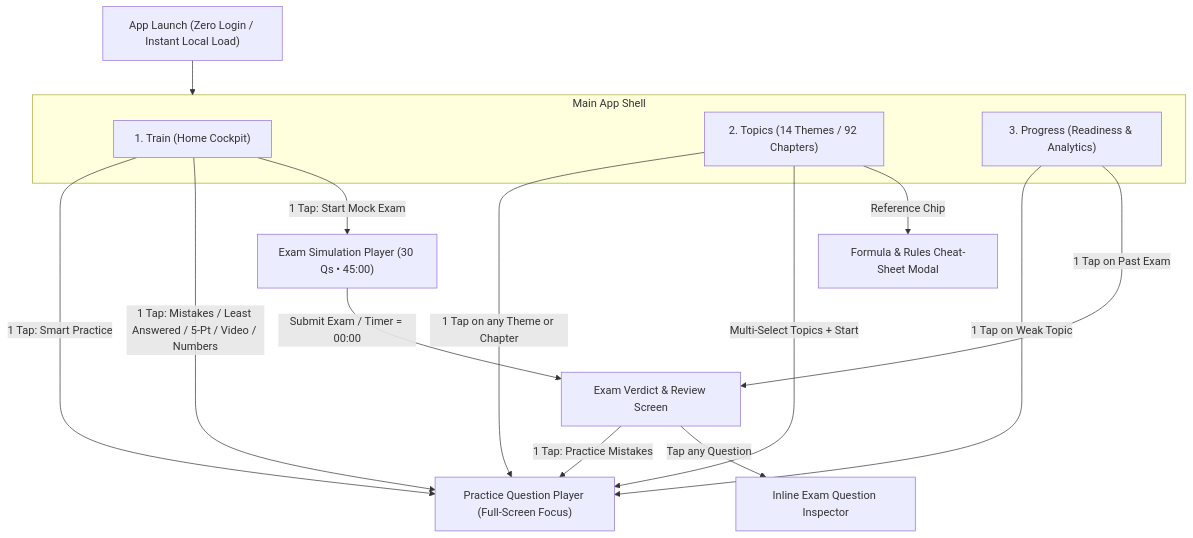
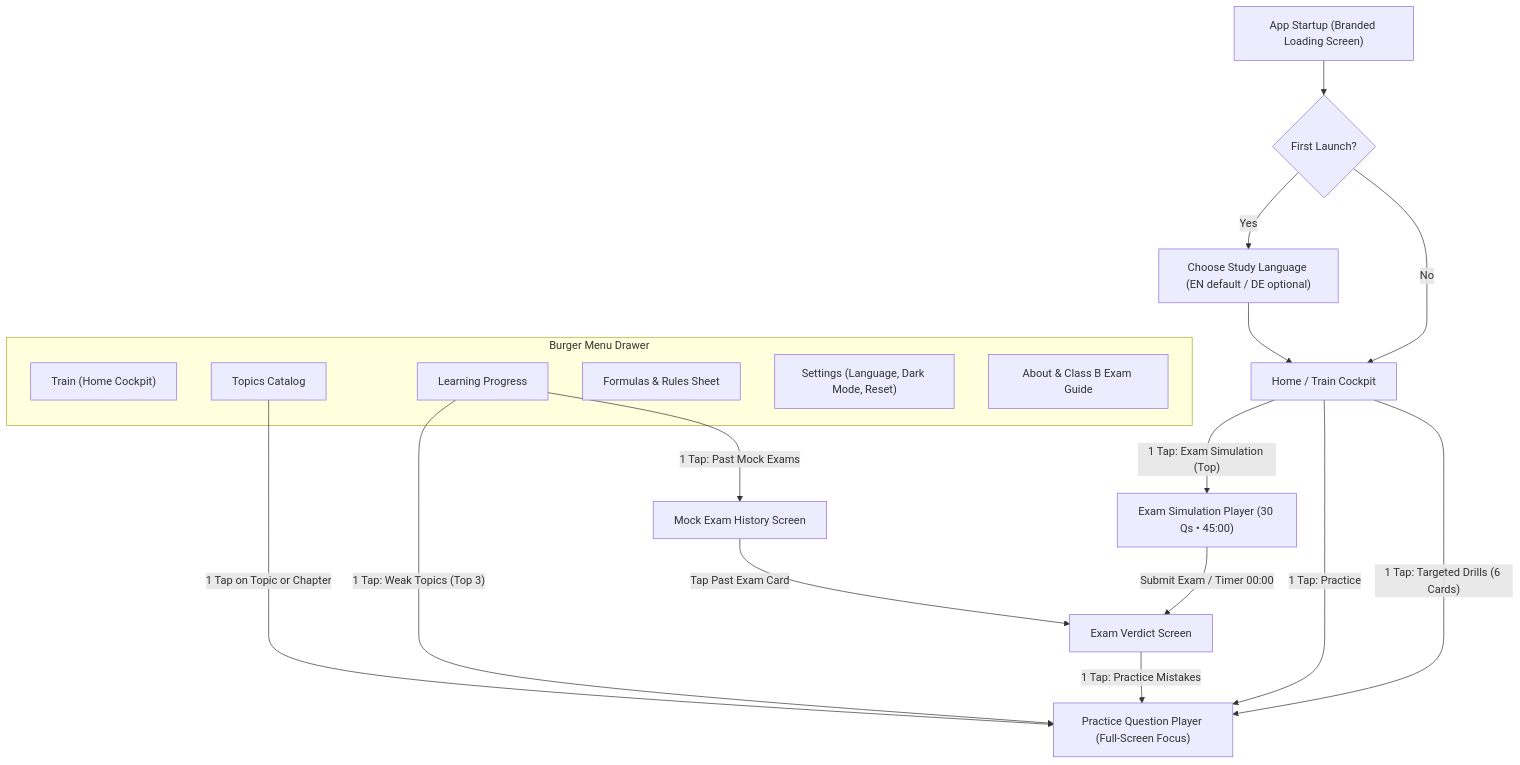
One commit to go-maxus-go/driving_test changed the diagram in spec.md. Above: the diagram before and after it, drawn with Mermaid. The commit also changed other lines of this file, not shown here.

First line of the commit message:
Update UX specification with decluttered navigation and refined player interaction

````diff
--- a/spec.md
+++ b/spec.md
@@ -95,25 +33,28 @@
 ```mermaid
 flowchart TD
-    Launch["App Launch (Zero Login / Instant Local Load)"] --> Shell["Main App Shell (3-Tab Bottom Nav / Side Rail + DE|EN Switcher)"]
+    Launch["App Startup (Branded Loading Screen)"] --> FirstLang{"First Launch?"}
+    FirstLang -- Yes --> LangDialog["Choose Study Language (EN default / DE optional)"]
+    FirstLang -- No --> Cockpit["Home / Train Cockpit"]
+    LangDialog --> Cockpit
 
-    subgraph Shell["Main App Shell"]
-        Tab1["1. Train (Home Cockpit)"]
-        Tab2["2. Topics (14 Themes / 92 Chapters)"]
-        Tab3["3. Progress (Readiness & Analytics)"]
+    subgraph NavigationDrawer["Burger Menu Drawer"]
+        NavTrain["Train (Home Cockpit)"]
+        NavTopics["Topics Catalog"]
+        NavProgress["Learning Progress"]
+        NavFormulas["Formulas & Rules Sheet"]
+        NavSettings["Settings (Language, Dark Mode, Reset)"]
+        NavAbout["About & Class B Exam Guide"]
     end
 
-    Tab1 -->|"1 Tap: Smart Practice"| Player["Practice Question Player (Full-Screen Focus)"]
-    Tab1 -->|"1 Tap: Mistakes / Least Answered / 5-Pt / Video / Numbers"| Player
-    Tab1 -->|"1 Tap: Start Mock Exam"| Exam["Exam Simulation Player (30 Qs • 45:00)"]
+    Cockpit -->|"1 Tap: Exam Simulation (Top)"| Exam["Exam Simulation Player (30 Qs • 45:00)"]
+    Cockpit -->|"1 Tap: Practice"| Player["Practice Question Player (Full-Screen Focus)"]
+    Cockpit -->|"1 Tap: Targeted Drills (6 Cards)"| Player
 
-    Tab2 -->|"1 Tap on any Theme or Chapter"| Player
-    Tab2 -->|"Multi-Select Topics + Start"| Player
-    Tab2 -->|"Reference Chip"| Ref["Formula & Rules Cheat-Sheet Modal"]
+    NavTopics -->|"1 Tap on Topic or Chapter"| Player
+    NavProgress -->|"1 Tap: Weak Topics (Top 3)"| Player
+    NavProgress -->|"1 Tap: Past Mock Exams"| History["Mock Exam History Screen"]
+    History -->|"Tap Past Exam Card"| Verdict["Exam Verdict Screen"]
 
-    Tab3 -->|"1 Tap on Weak Topic"| Player
-    Tab3 -->|"1 Tap on Past Exam"| Verdict["Exam Verdict & Review Screen"]
-
-    Exam -->|"Submit Exam / Timer = 00:00"| Verdict
+    Exam -->|"Submit Exam / Timer 00:00"| Verdict
     Verdict -->|"1 Tap: Practice Mistakes"| Player
-    Verdict -->|"Tap any Question"| ExamReview["Inline Exam Question Inspector"]
 ```
````
